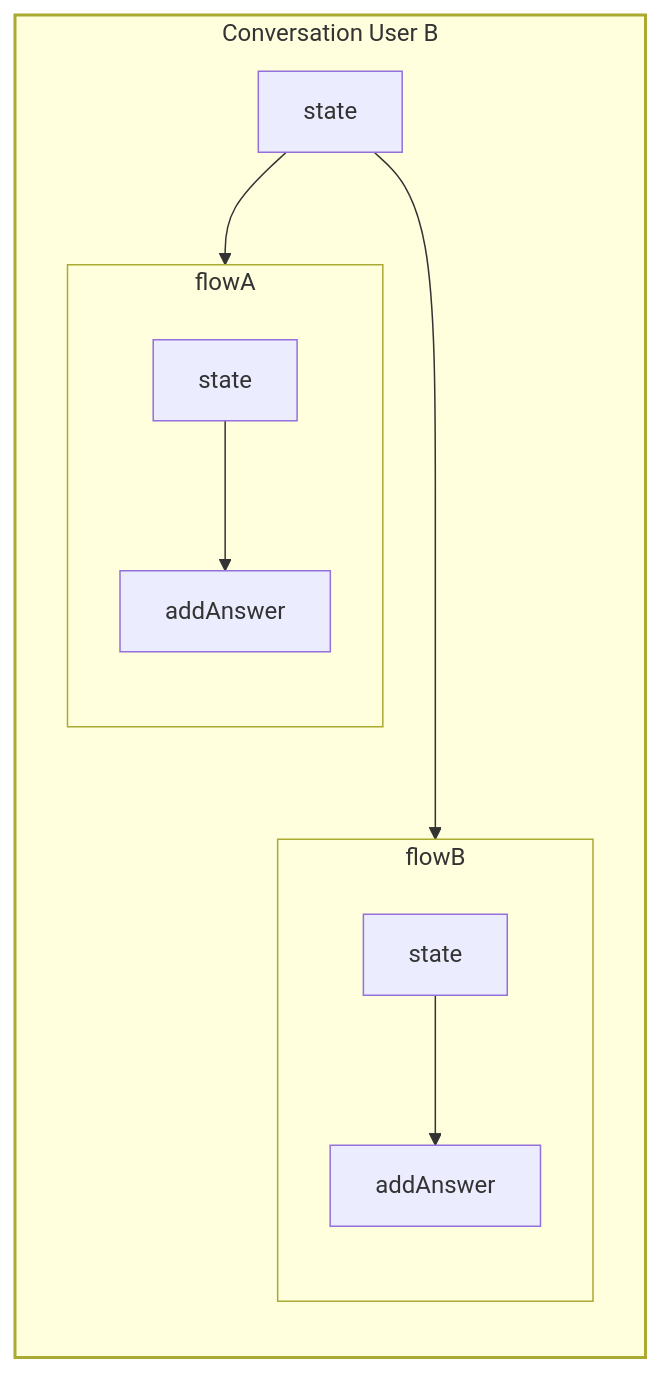
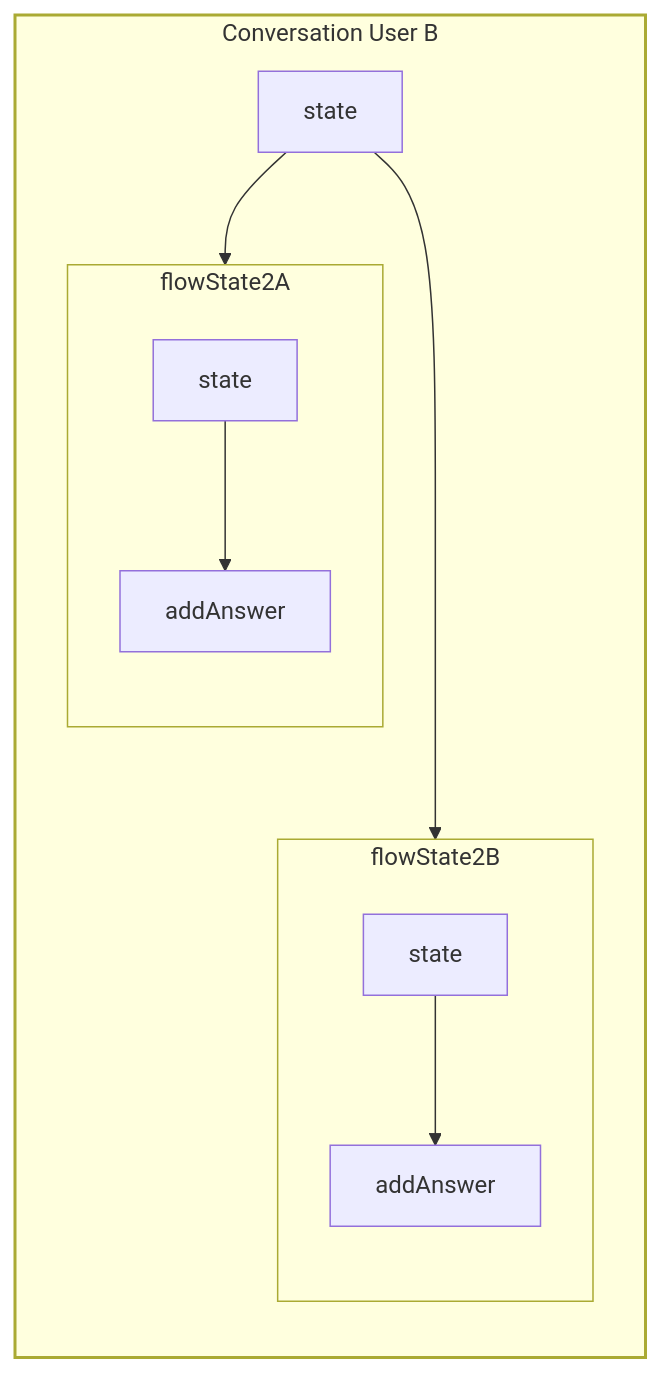
One commit to codigoencasa/documentation changed the second of 4 diagrams in src/pages/methods.mdx. Above: the diagram before and after it, drawn with Mermaid. The commit also changed other lines of this file, not shown here.

````diff
--- a/src/pages/methods.mdx
+++ b/src/pages/methods.mdx
@@ -109,21 +106,21 @@
 ```mermaid
 flowchart LR
-    subgraph sub2[Conversation User B]
-      style sub2 fill:##fdf8e1,stroke:##ffffef,stroke-width:2px
-      subgraph flowA
+    subgraph subState2[Conversation User B]
+      style subState2 fill:##fdf8e1,stroke:##ffffef,stroke-width:2px
+      subgraph flowState2A
           direction TB
-          top1[state] --> bottom1[addAnswer]
+          topState21[state] --> bottom1[addAnswer]
       end
-      subgraph flowB
+      subgraph flowState2B
           direction TB
-          top2[state] --> bottom2[addAnswer]
+          topState22[state] --> bottom2[addAnswer]
       end
       %% ^ These subgraphs are identical, except for the links to them:
 
-      %% Link *to* flowA: flowA direction is maintained
-      state --> flowA
-      %% Link *within* flowB:
-      %% flowB inherits the direction of the top-level graph (LR)
-      state ---> top2
+      %% Link *to* flowState2A: flowState2A direction is maintained
+      state --> flowState2A
+      %% Link *within* flowState2B:
+      %% flowState2B inherits the direction of the top-level graph (LR)
+      state ---> topState22
     end
 ```
````
